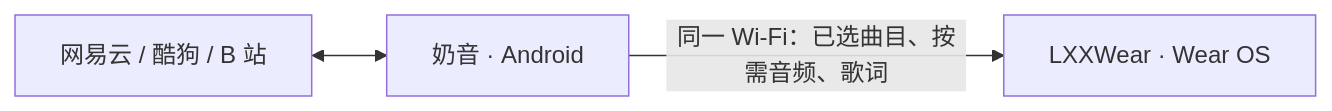
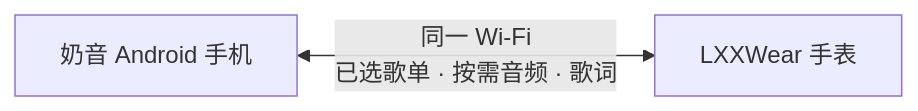
The diagram in README.md (zhzipu/milky-music), drawn with Mermaid before and after one commit. The commit also changed other lines of this file, not shown here.

````diff
--- a/README.md
+++ b/README.md
@@ -33,5 +114,4 @@
 ```mermaid
 flowchart LR
-  services[网易云 / 酷狗 / B 站] <--> app[奶音 · Android]
-  app -->|同一 Wi-Fi：已选曲目、按需音频、歌词| watch[LXXWear · Wear OS]
+  phone[奶音 Android 手机] <-->|同一 Wi-Fi<br/>已选歌单 · 按需音频 · 歌词| watch[LXXWear 手表]
 ```
````
